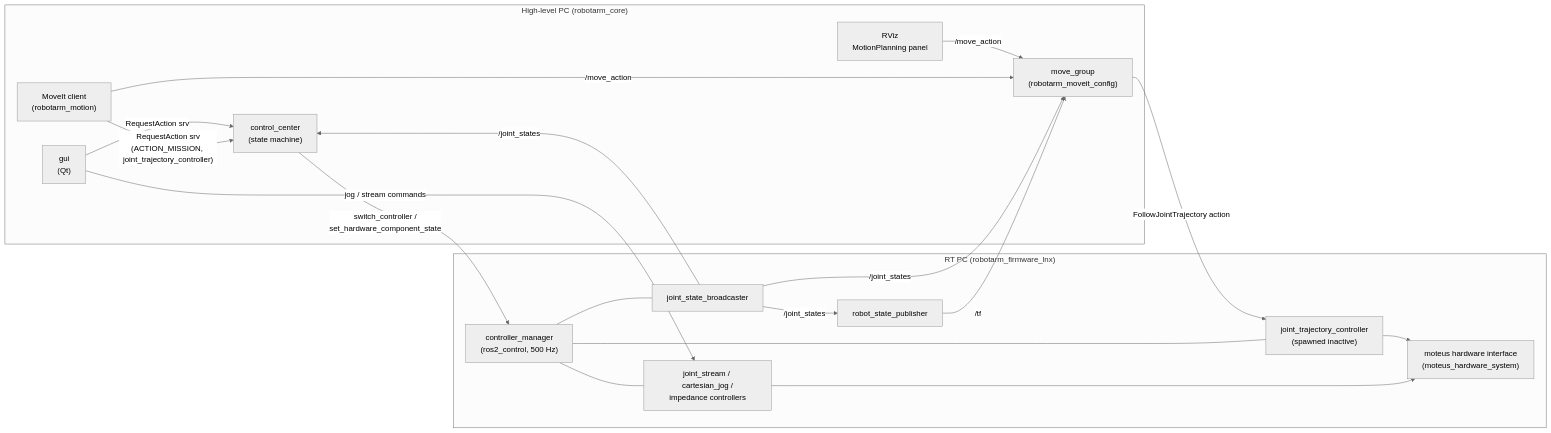
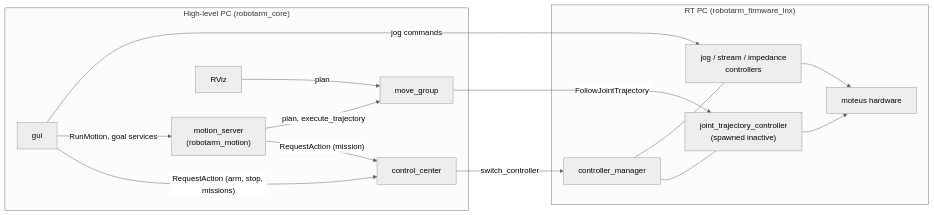
The diagram in src/robotarm_moveit_config/README.md (ruben01egle/robotarm_core), drawn with Mermaid (neutral theme) before and after one commit. The commit also changed other lines of this file and 3 other files, not shown here.

First line of the commit message:
Rewrite the MoveIt and robotarm_motion READMEs as short references

````diff
--- a/src/robotarm_moveit_config/README.md
+++ b/src/robotarm_moveit_config/README.md
@@ -39,33 +13,25 @@
 ```mermaid
 flowchart LR
     subgraph HL["High-level PC (robotarm_core)"]
-        GUI["gui<br/>(Qt)"]
-        CC["control_center<br/>(state machine)"]
-        MG["move_group<br/>(robotarm_moveit_config)"]
-        RVIZ["RViz<br/>MotionPlanning panel"]
-        CLIENT["MoveIt client<br/>(robotarm_motion)"]
+        GUI["gui"]
+        CC["control_center"]
+        MS["motion_server<br/>(robotarm_motion)"]
+        MG["move_group"]
+        RVIZ["RViz"]
     end
-
     subgraph RT["RT PC (robotarm_firmware_lnx)"]
-        CM["controller_manager<br/>(ros2_control, 500 Hz)"]
-        JSB["joint_state_broadcaster"]
-        TELEOP["joint_stream / cartesian_jog /<br/>impedance controllers"]
+        CM["controller_manager"]
         JTC["joint_trajectory_controller<br/>(spawned inactive)"]
-        HW["moteus hardware interface<br/>(moteus_hardware_system)"]
-        RSP["robot_state_publisher"]
+        JOG["jog / stream / impedance<br/>controllers"]
+        HW["moteus hardware"]
     end
-
-    GUI -- "RequestAction srv" --> CC
-    CLIENT -- "RequestAction srv<br/>(ACTION_MISSION, joint_trajectory_controller)" --> CC
-    CC -- "switch_controller /<br/>set_hardware_component_state" --> CM
-    RVIZ -- "/move_action" --> MG
-    CLIENT -- "/move_action" --> MG
-    MG -- "FollowJointTrajectory action" --> JTC
-    GUI -- "jog / stream commands" --> TELEOP
-    JSB -- "/joint_states" --> MG
-    JSB -- "/joint_states" --> RSP
-    JSB -- "/joint_states" --> CC
-    RSP -- "/tf" --> MG
-    CM --- JSB & TELEOP & JTC
-    JTC & TELEOP --> HW
+    GUI -- "RequestAction (arm, stop, missions)" --> CC
+    GUI -- "RunMotion, goal services" --> MS
+    MS -- "RequestAction (mission)" --> CC
+    CC -- "switch_controller" --> CM
+    MS -- "plan, execute_trajectory" --> MG
+    RVIZ -- "plan" --> MG
+    MG -- "FollowJointTrajectory" --> JTC
+    GUI -- "jog commands" --> JOG
+    CM --- JTC & JOG --> HW
 ```
````
